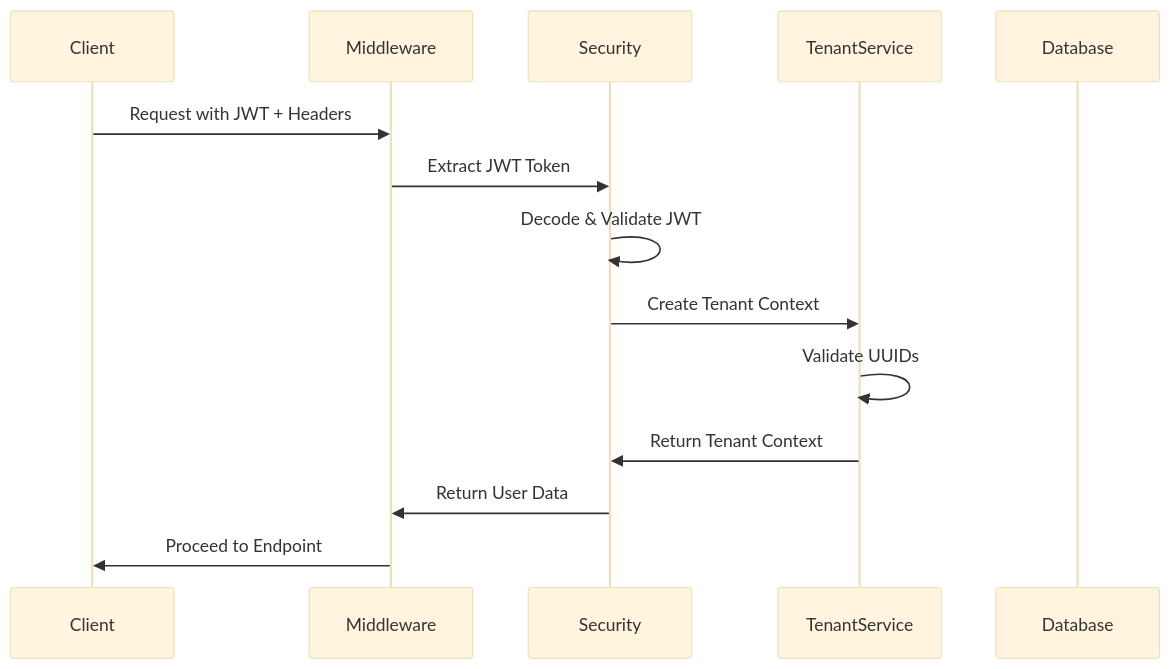
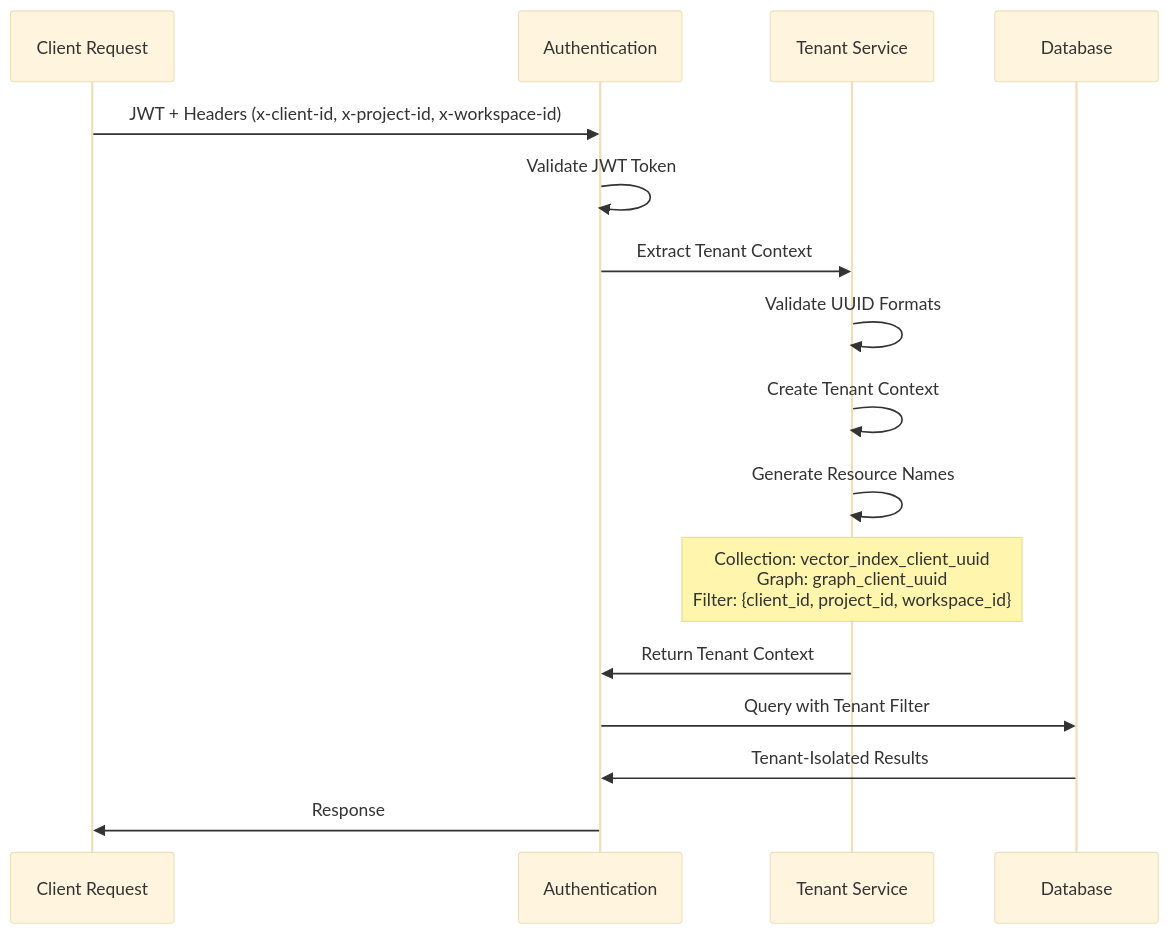
The fourth of 12 diagrams in README.md (lkiitkgp/1), drawn with Mermaid (base theme) before and after one commit. The commit also changed other lines of this file, not shown here.

````diff
--- a/README.md
+++ b/README.md
@@ -357,17 +347,21 @@
 ```mermaid
 sequenceDiagram
-    participant Client
-    participant Middleware
-    participant Security
-    participant TenantService
-    participant Database
+    participant Client as Client Request
+    participant Auth as Authentication
+    participant TS as Tenant Service
+    participant DB as Database
     
-    Client->>Middleware: Request with JWT + Headers
-    Middleware->>Security: Extract JWT Token
-    Security->>Security: Decode & Validate JWT
-    Security->>TenantService: Create Tenant Context
-    TenantService->>TenantService: Validate UUIDs
-    TenantService->>Security: Return Tenant Context
-    Security->>Middleware: Return User Data
-    Middleware->>Client: Proceed to Endpoint
+    Client->>Auth: JWT + Headers (x-client-id, x-project-id, x-workspace-id)
+    Auth->>Auth: Validate JWT Token
+    Auth->>TS: Extract Tenant Context
+    TS->>TS: Validate UUID Formats
+    TS->>TS: Create Tenant Context
+    TS->>TS: Generate Resource Names
+    
+    Note over TS: Collection: vector_index_client_uuid<br/>Graph: graph_client_uuid<br/>Filter: {client_id, project_id, workspace_id}
+    
+    TS->>Auth: Return Tenant Context
+    Auth->>DB: Query with Tenant Filter
+    DB->>Auth: Tenant-Isolated Results
+    Auth->>Client: Response
 ```
````
